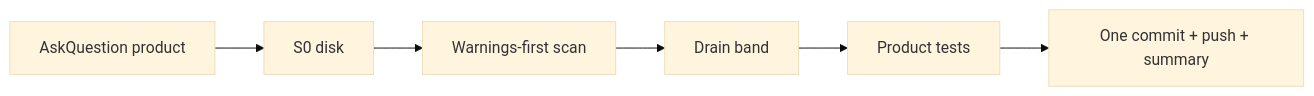
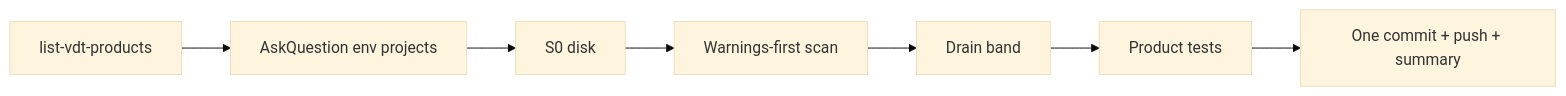
The diagram in .cursor/rules/virtual-development-team.mdc (platinoff/GSV), drawn with Mermaid (base theme) before and after one commit. The commit also changed other lines of this file and 40 other files, not shown here.

````diff
--- a/.cursor/rules/virtual-development-team.mdc
+++ b/.cursor/rules/virtual-development-team.mdc
@@ -10,8 +10,9 @@
 ```mermaid
 flowchart LR
-  Ask[AskQuestion product] --> Disk[S0 disk]
+  ScanEnv[list-vdt-products] --> Ask[AskQuestion env projects]
+  Ask --> Disk[S0 disk]
   Disk --> Scan[Warnings-first scan]
   Scan --> Drain[Drain band]
   Drain --> Test[Product tests]
   Test --> Push[One commit + push + summary]
 ```
````
